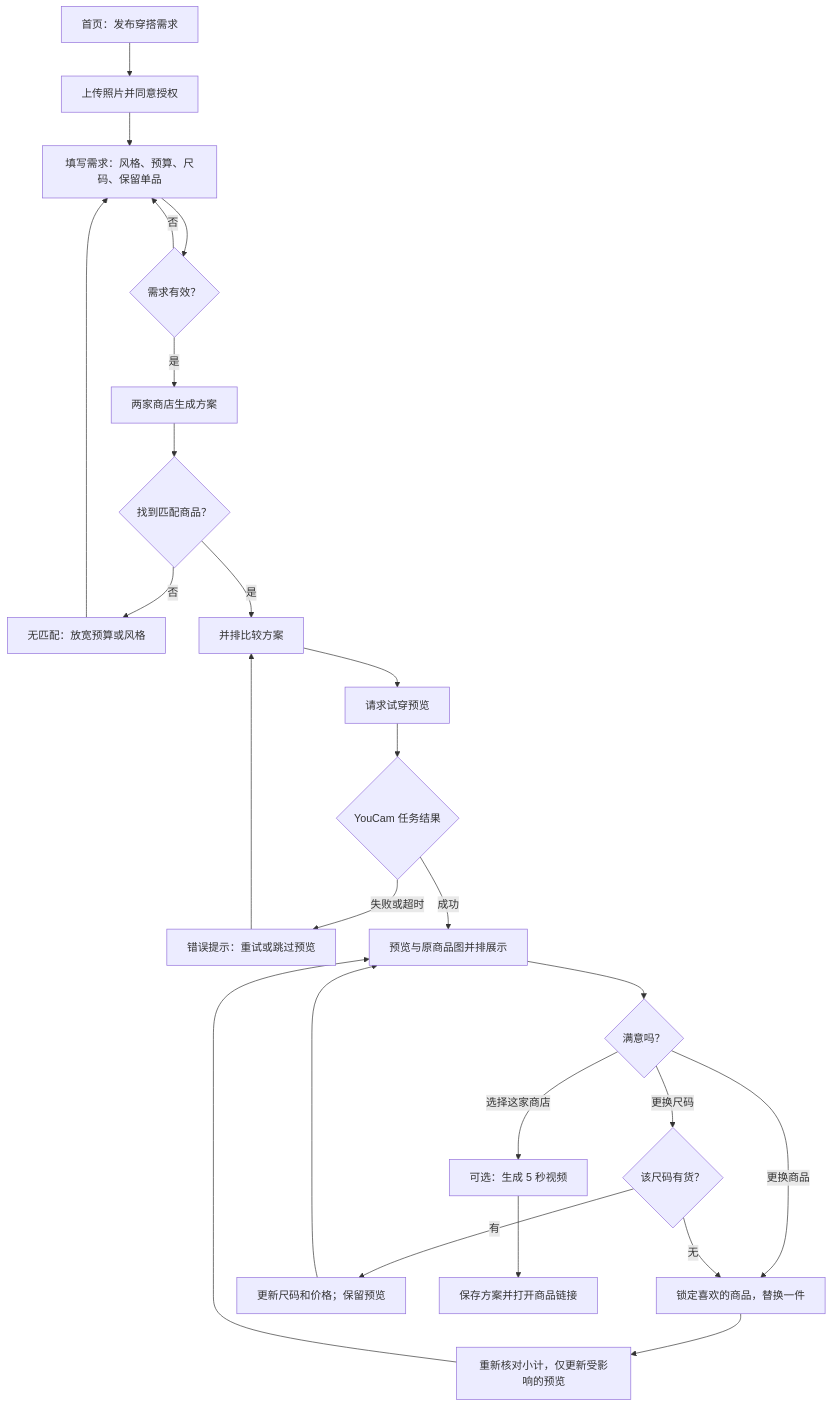
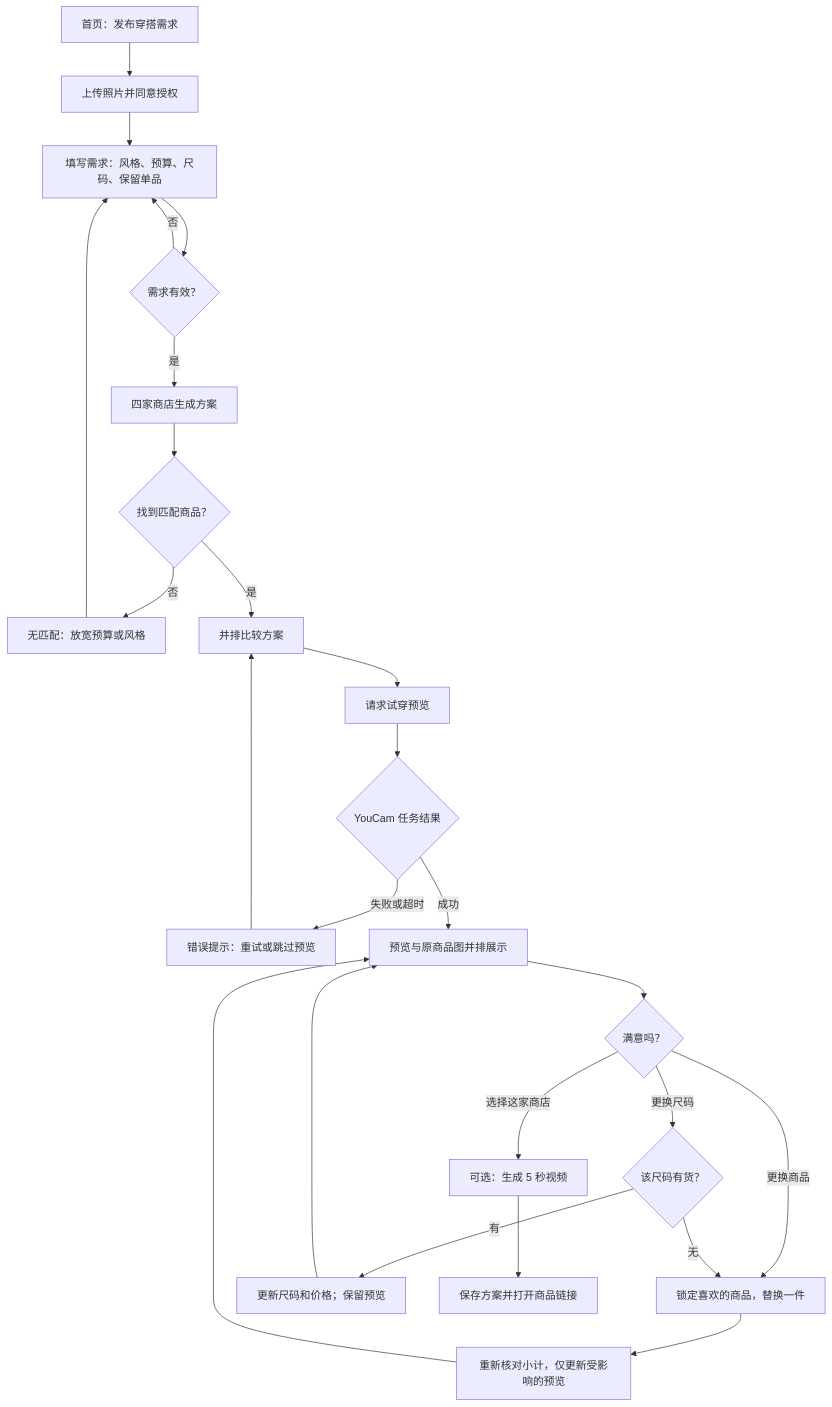
One commit to Shawn-Bi/youcam-2 changed the second of 2 diagrams in docs/look-exchange-user-flow.md. Above: the diagram before and after it, drawn with Mermaid. The commit also changed other lines of this file and 4 other files, not shown here.

Commit message:
docs: four stores in the PRDs, user flow and README, with a unit estimate

````diff
--- a/docs/look-exchange-user-flow.md
+++ b/docs/look-exchange-user-flow.md
@@ -120,27 +120,27 @@
 ```mermaid
 flowchart TD
     A[首页：发布穿搭需求] --> B[上传照片并同意授权]
     B --> C[填写需求：风格、预算、尺码、保留单品]
     C --> D{需求有效？}
     D -- 否 --> C
-    D -- 是 --> E[两家商店生成方案]
+    D -- 是 --> E[四家商店生成方案]
     E --> F{找到匹配商品？}
     F -- 否 --> G[无匹配：放宽预算或风格]
     G --> C
     F -- 是 --> H[并排比较方案]
     H --> I[请求试穿预览]
     I --> J{YouCam 任务结果}
     J -- 失败或超时 --> K[错误提示：重试或跳过预览]
     K --> H
     J -- 成功 --> L[预览与原商品图并排展示]
     L --> M{满意吗？}
     M -- 更换商品 --> N[锁定喜欢的商品，替换一件]
     N --> O[重新核对小计，仅更新受影响的预览]
     O --> L
     M -- 更换尺码 --> S{该尺码有货？}
     S -- 有 --> T[更新尺码和价格；保留预览]
     T --> L
     S -- 无 --> N
     M -- 选择这家商店 --> V[可选：生成 5 秒视频]
     V --> P[保存方案并打开商品链接]
 ```
````
